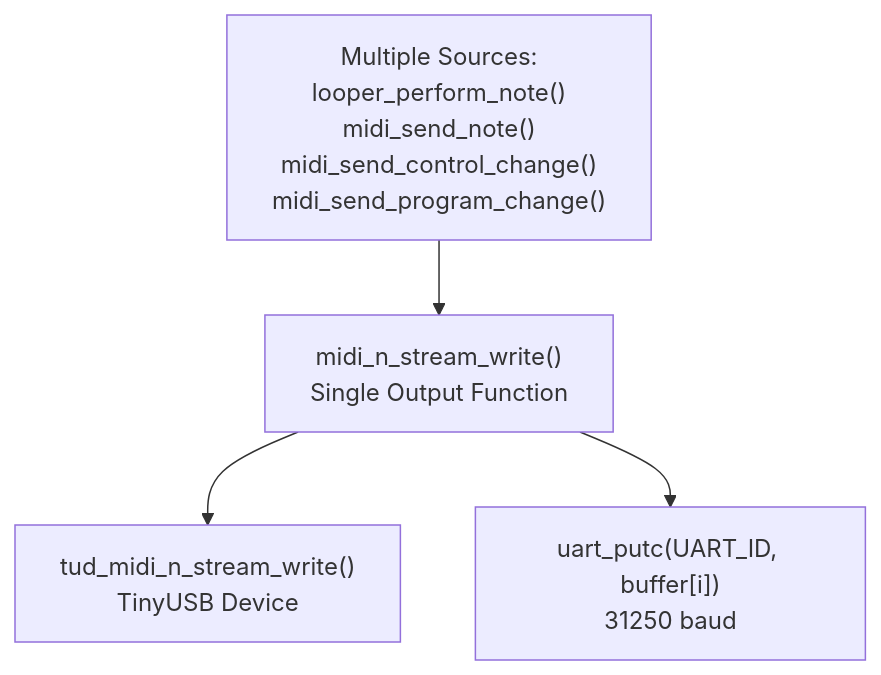
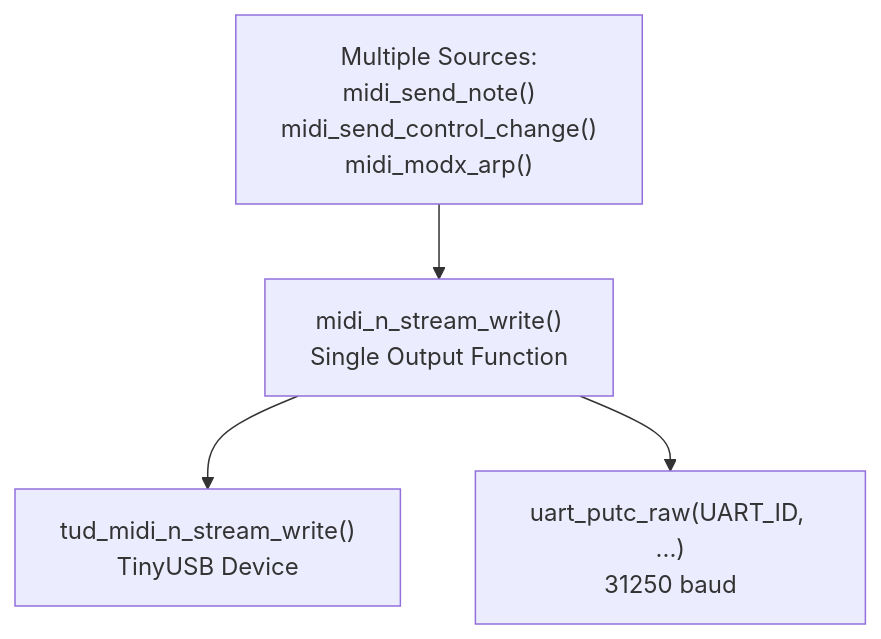
The fifth of 6 diagrams in wiki/3.1-system-components.md (Jus-Be/orinayo-pico), drawn with Mermaid before and after one commit. The commit also changed other lines of this file and 42 other files, not shown here.

````diff
--- a/wiki/3.1-system-components.md
+++ b/wiki/3.1-system-components.md
@@ -313,12 +205,12 @@
 ```mermaid
 flowchart TD
 
-Sources["Multiple Sources:<br>looper_perform_note()<br>midi_send_note()<br>midi_send_control_change()<br>midi_send_program_change()"]
+Sources["Multiple Sources:<br>midi_send_note()<br>midi_send_control_change()<br>midi_modx_arp()"]
 Bottleneck["midi_n_stream_write()<br>Single Output Function"]
 USB["tud_midi_n_stream_write()<br>TinyUSB Device"]
-UART["uart_putc(UART_ID, buffer[i])<br>31250 baud"]
+UART["uart_putc_raw(UART_ID, ...)<br>31250 baud"]
 
 Sources --> Bottleneck
 Bottleneck --> USB
 Bottleneck --> UART
 ```
````
